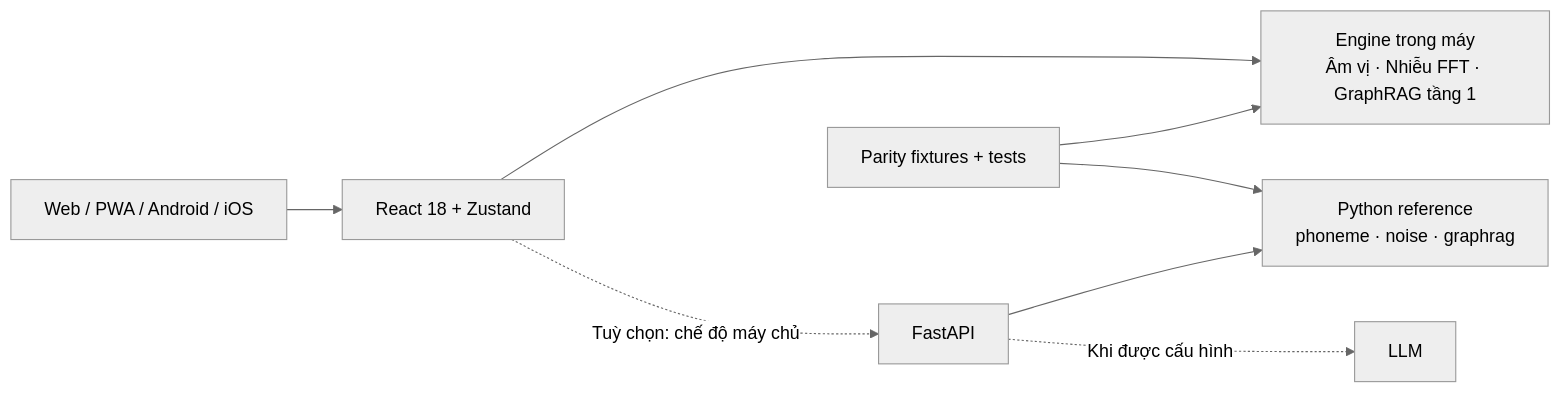
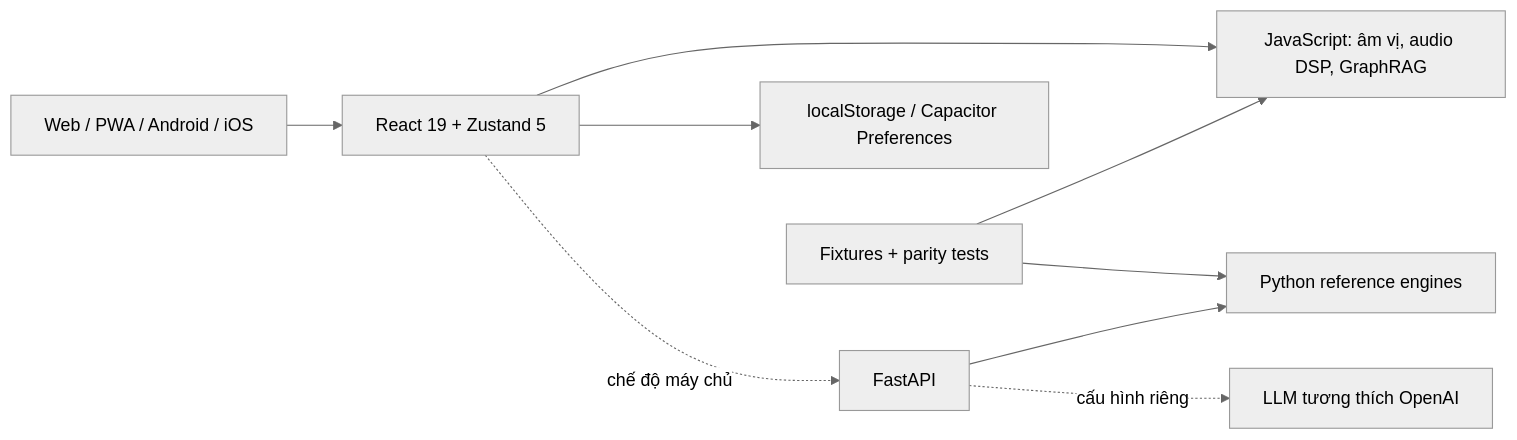
The diagram in README.md (hdwc-151/Demo-hearing-loss), drawn with Mermaid (neutral theme) before and after one commit. The commit also changed other lines of this file and 21 other files, not shown here.

````diff
--- a/README.md
+++ b/README.md
@@ -66,10 +34,11 @@
 ```mermaid
 flowchart LR
-  U["Web / PWA / Android / iOS"] --> F["React 18 + Zustand"]
-  F --> O["Engine trong máy<br/>Âm vị · Nhiễu FFT · GraphRAG tầng 1"]
-  F -. "Tuỳ chọn: chế độ máy chủ" .-> A["FastAPI"]
-  A --> P["Python reference<br/>phoneme · noise · graphrag"]
-  A -. "Khi được cấu hình" .-> L["LLM"]
-  T["Parity fixtures + tests"] --> O
+  U[Web / PWA / Android / iOS] --> F[React 19 + Zustand 5]
+  F --> J[JavaScript: âm vị, audio DSP, GraphRAG]
+  F --> S[localStorage / Capacitor Preferences]
+  F -. chế độ máy chủ .-> A[FastAPI]
+  A --> P[Python reference engines]
+  A -. cấu hình riêng .-> L[LLM tương thích OpenAI]
+  T[Fixtures + parity tests] --> J
   T --> P
 ```
````
